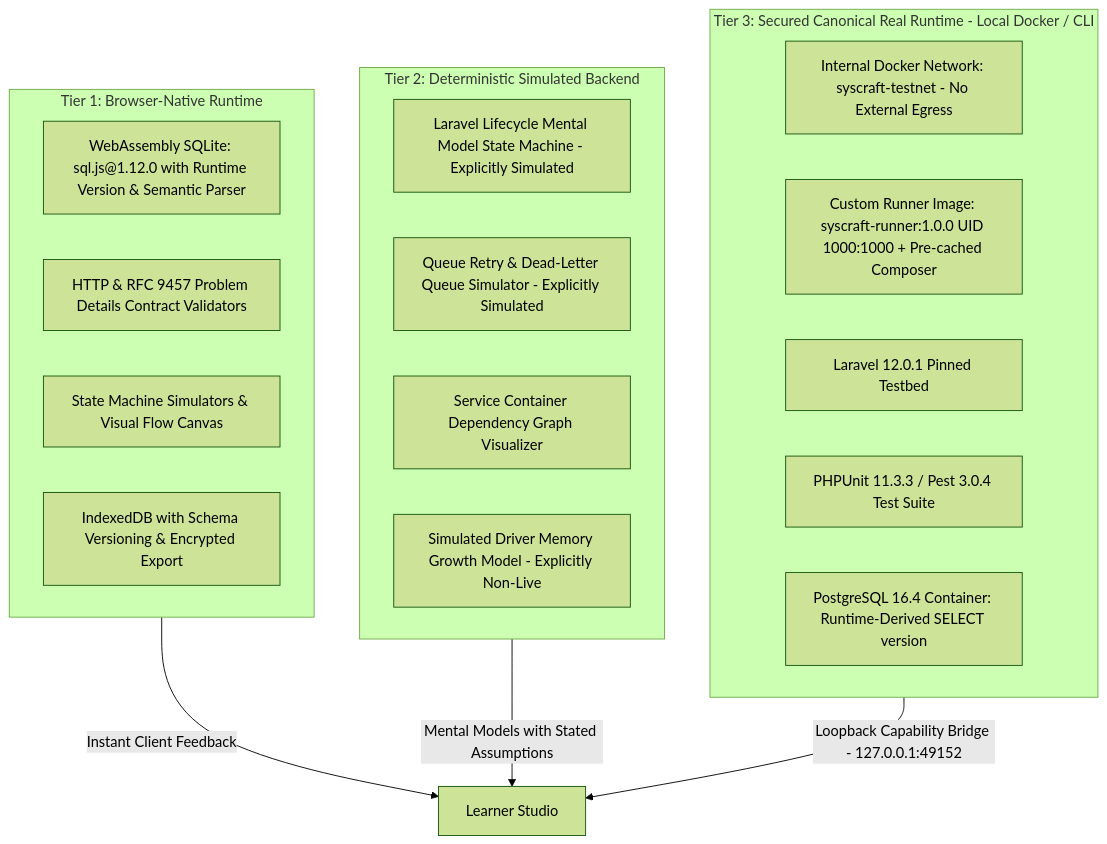
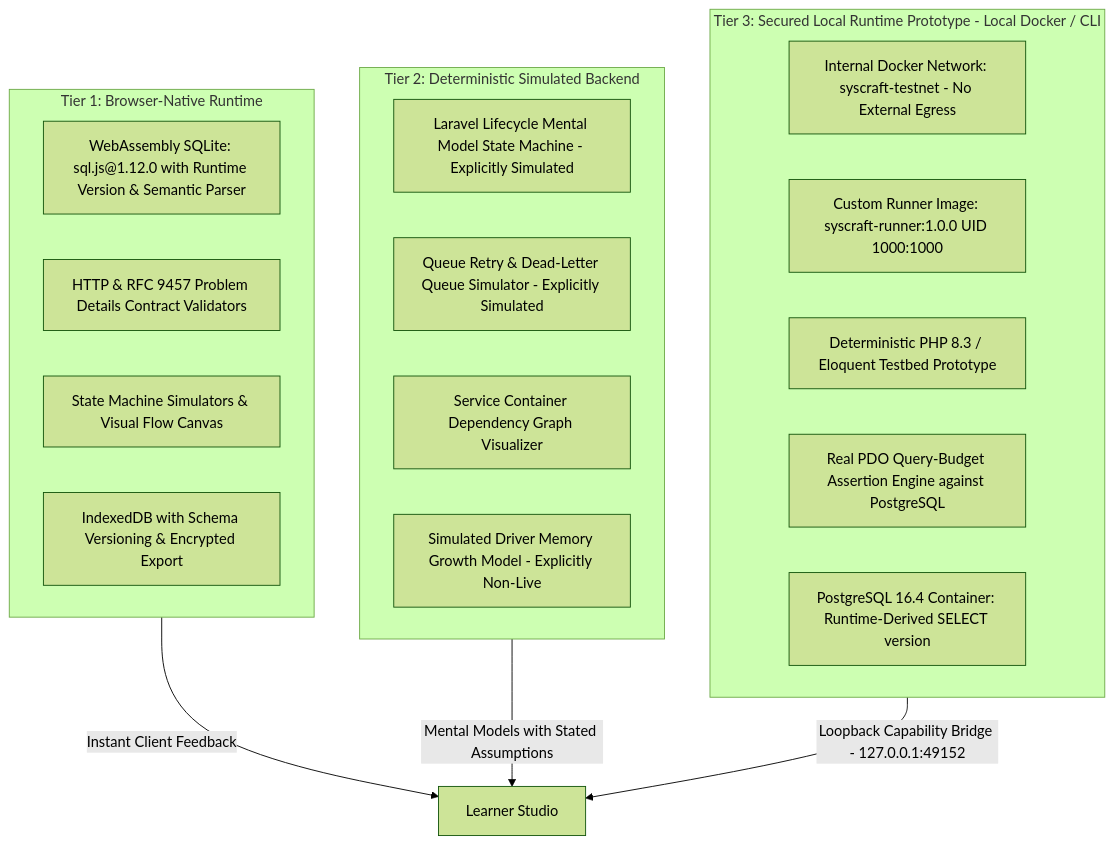
One commit to farisdanish/syscraft changed the first of 2 diagrams in README.md. Above: the diagram before and after it, drawn with Mermaid (forest theme). The commit also changed other lines of this file and 8 other files, not shown here.

First line of the commit message:
fix(backend): remediate Tier 3 query budget, bridge lifecycle, and studio UX

````diff
--- a/README.md
+++ b/README.md
@@ -24,28 +24,28 @@
 ```mermaid
 graph TD
     subgraph Tier_1 [Tier 1: Browser-Native Runtime]
         T1_SQL[WebAssembly SQLite: sql.js@1.12.0 with Runtime Version & Semantic Parser]
         T1_HTTP[HTTP & RFC 9457 Problem Details Contract Validators]
         T1_STATE[State Machine Simulators & Visual Flow Canvas]
         T1_PERSIST[IndexedDB with Schema Versioning & Encrypted Export]
     end
 
     subgraph Tier_2 [Tier 2: Deterministic Simulated Backend]
         T2_LIFE[Laravel Lifecycle Mental Model State Machine - Explicitly Simulated]
         T2_QUEUE[Queue Retry & Dead-Letter Queue Simulator - Explicitly Simulated]
         T2_DI[Service Container Dependency Graph Visualizer]
         T2_MEM[Simulated Driver Memory Growth Model - Explicitly Non-Live]
     end
 
-    subgraph Tier_3 [Tier 3: Secured Canonical Real Runtime - Local Docker / CLI]
+    subgraph Tier_3 [Tier 3: Secured Local Runtime Prototype - Local Docker / CLI]
         T3_NET[Internal Docker Network: syscraft-testnet - No External Egress]
-        T3_RUNNER[Custom Runner Image: syscraft-runner:1.0.0 UID 1000:1000 + Pre-cached Composer]
-        T3_LARAVEL[Laravel 12.0.1 Pinned Testbed]
-        T3_TEST[PHPUnit 11.3.3 / Pest 3.0.4 Test Suite]
+        T3_RUNNER[Custom Runner Image: syscraft-runner:1.0.0 UID 1000:1000]
+        T3_TESTBED[Deterministic PHP 8.3 / Eloquent Testbed Prototype]
+        T3_BUDGET[Real PDO Query-Budget Assertion Engine against PostgreSQL]
         T3_PG[PostgreSQL 16.4 Container: Runtime-Derived SELECT version]
     end
 
     Tier_1 -->|Instant Client Feedback| Learner[Learner Studio]
     Tier_2 -->|Mental Models with Stated Assumptions| Learner
     Tier_3 -->|Loopback Capability Bridge - 127.0.0.1:49152| Learner
 ```
````
